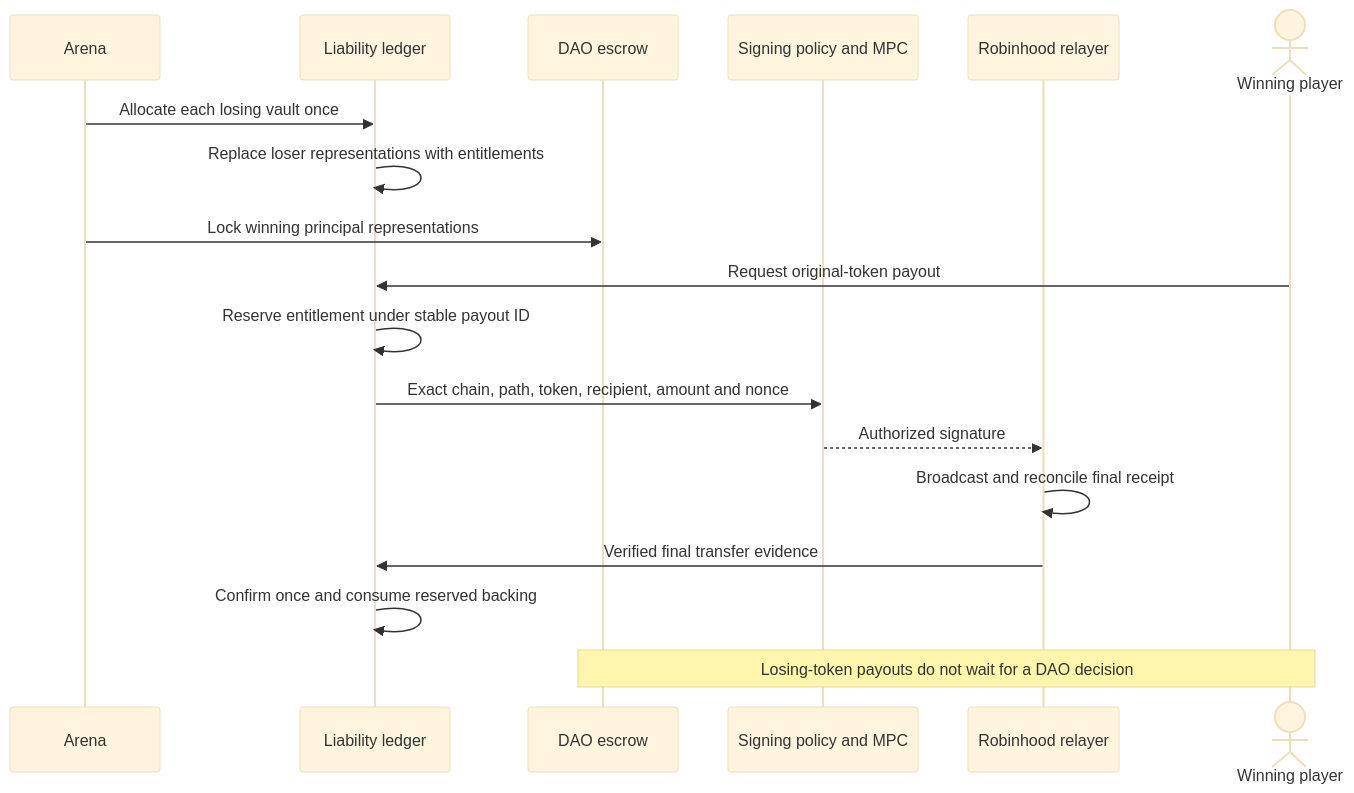
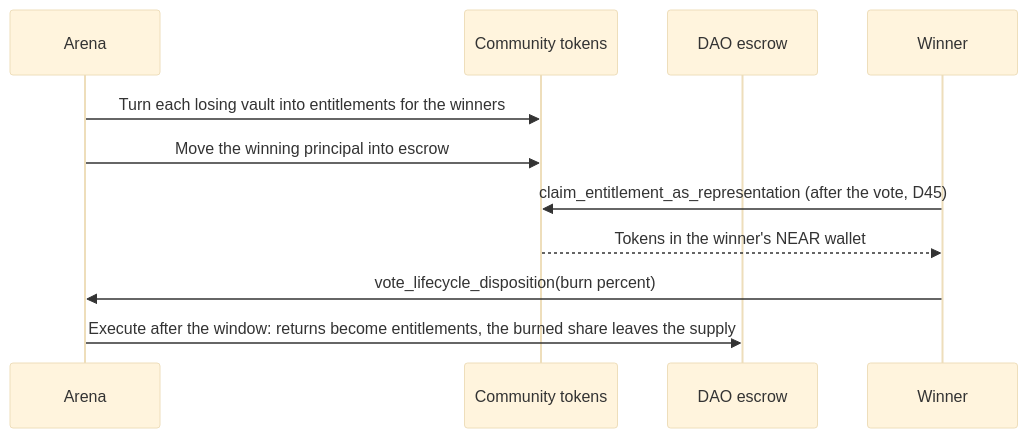
One commit to mferdinandr/valtrums changed the third of 3 diagrams in docs/architecture.md. Above: the diagram before and after it, drawn with Mermaid (base theme). The commit also changed other lines of this file and 15 other files, not shown here.

Commit message:
docs: rewrite the current specs for the near-only flow

````diff
--- a/docs/architecture.md
+++ b/docs/architecture.md
@@ -89,20 +73,13 @@
 ```mermaid
 sequenceDiagram
     participant A as Arena
-    participant L as Liability ledger
+    participant T as Community tokens
     participant D as DAO escrow
-    participant S as Signing policy and MPC
-    participant R as Robinhood relayer
-    actor P as Winning player
-    A->>L: Allocate each losing vault once
-    L->>L: Replace loser representations with entitlements
-    A->>D: Lock winning principal representations
-    P->>L: Request original-token payout
-    L->>L: Reserve entitlement under stable payout ID
-    L->>S: Exact chain, path, token, recipient, amount and nonce
-    S-->>R: Authorized signature
-    R->>R: Broadcast and reconcile final receipt
-    R->>L: Verified final transfer evidence
-    L->>L: Confirm once and consume reserved backing
-    Note over D,P: Losing-token payouts do not wait for a DAO decision
+    participant W as Winner
+    A->>T: Turn each losing vault into entitlements for the winners
+    A->>T: Move the winning principal into escrow
+    W->>T: claim_entitlement_as_representation (after the vote, D45)
+    T-->>W: Tokens in the winner's NEAR wallet
+    W->>A: vote_lifecycle_disposition(burn percent)
+    A->>D: Execute after the window: returns become entitlements, the burned share leaves the supply
 ```
````
